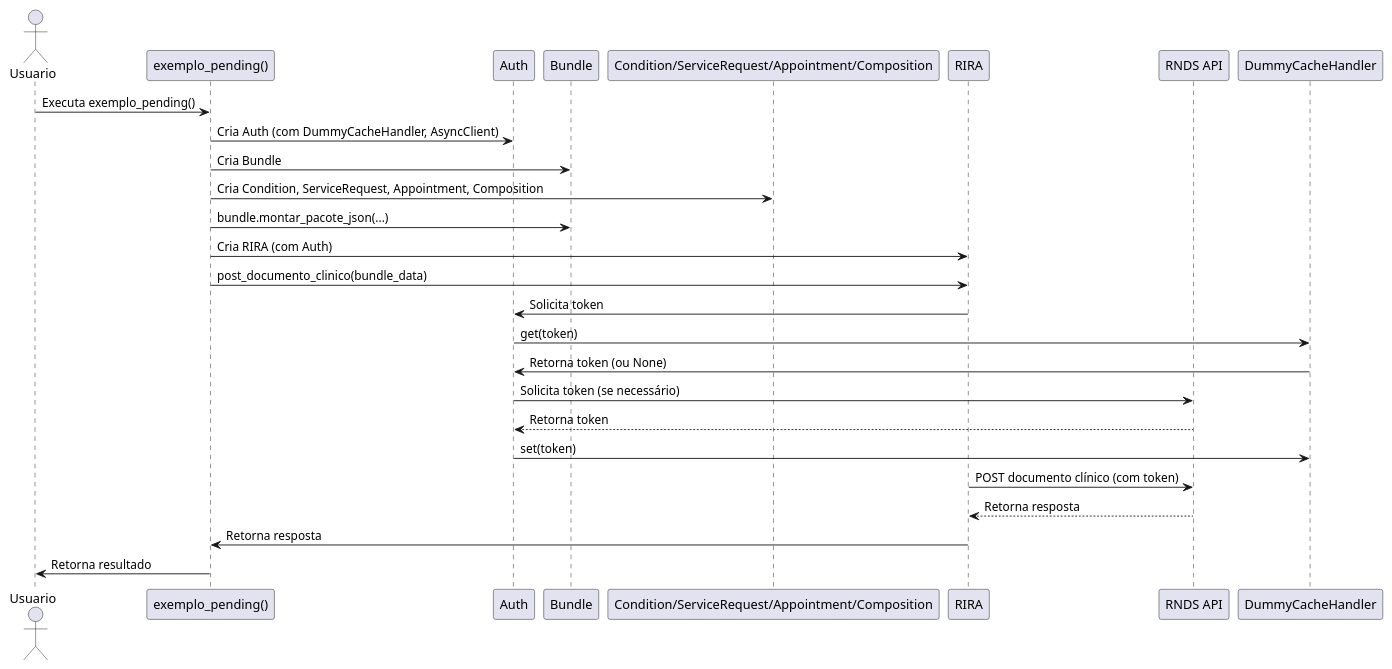
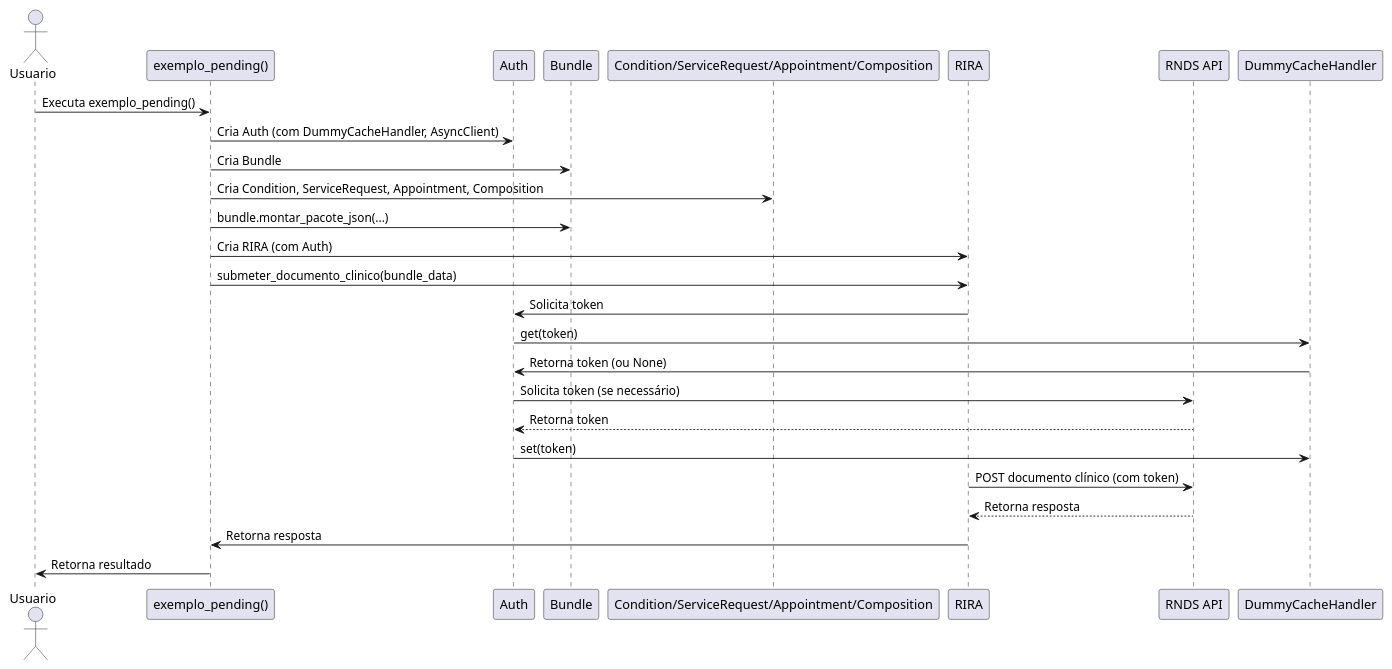
Before and after one commit to Regulacao-SUS/rnds: the diagram in docs/seq-rira-pending.puml, drawn with PlantUML. The commit also changed 13 other files, not shown here.

```diff
--- a/docs/seq-rira-pending.puml
+++ b/docs/seq-rira-pending.puml
@@ -1,27 +1,27 @@
 @startuml
 actor Usuario
 participant "exemplo_pending()" as Exemplo
 participant "Auth"
 participant "Bundle"
 participant "Condition/ServiceRequest/Appointment/Composition" as Recursos
 participant "RIRA"
 participant "RNDS API"
 
 Usuario -> Exemplo : Executa exemplo_pending()
 Exemplo -> Auth : Cria Auth (com DummyCacheHandler, AsyncClient)
 Exemplo -> Bundle : Cria Bundle
 Exemplo -> Recursos : Cria Condition, ServiceRequest, Appointment, Composition
 Exemplo -> Bundle : bundle.montar_pacote_json(...)
 Exemplo -> RIRA : Cria RIRA (com Auth)
-Exemplo -> RIRA : post_documento_clinico(bundle_data)
+Exemplo -> RIRA : submeter_documento_clinico(bundle_data)
 RIRA -> Auth : Solicita token
 Auth -> DummyCacheHandler : get(token)
 DummyCacheHandler -> Auth : Retorna token (ou None)
 Auth -> "RNDS API" : Solicita token (se necessário)
 "RNDS API" --> Auth : Retorna token
 Auth -> DummyCacheHandler : set(token)
 RIRA -> "RNDS API" : POST documento clínico (com token)
 "RNDS API" --> RIRA : Retorna resposta
 RIRA -> Exemplo : Retorna resposta
 Exemplo -> Usuario : Retorna resultado
 @enduml
```
